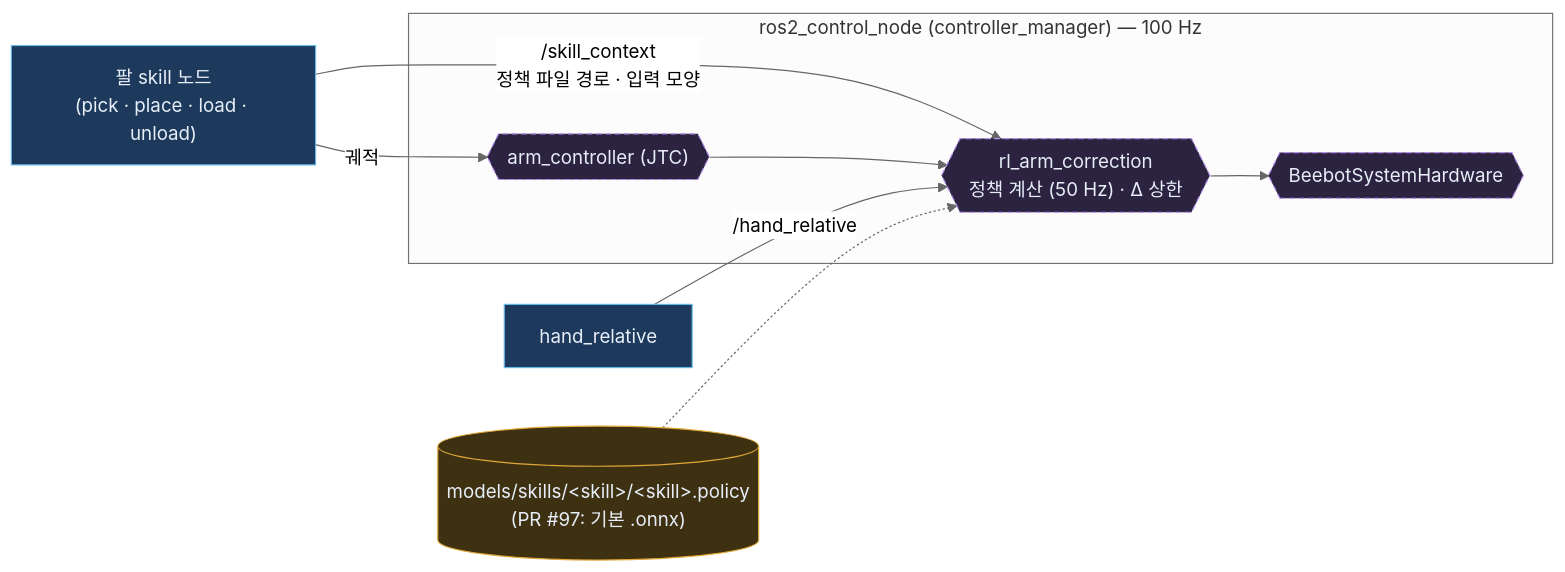
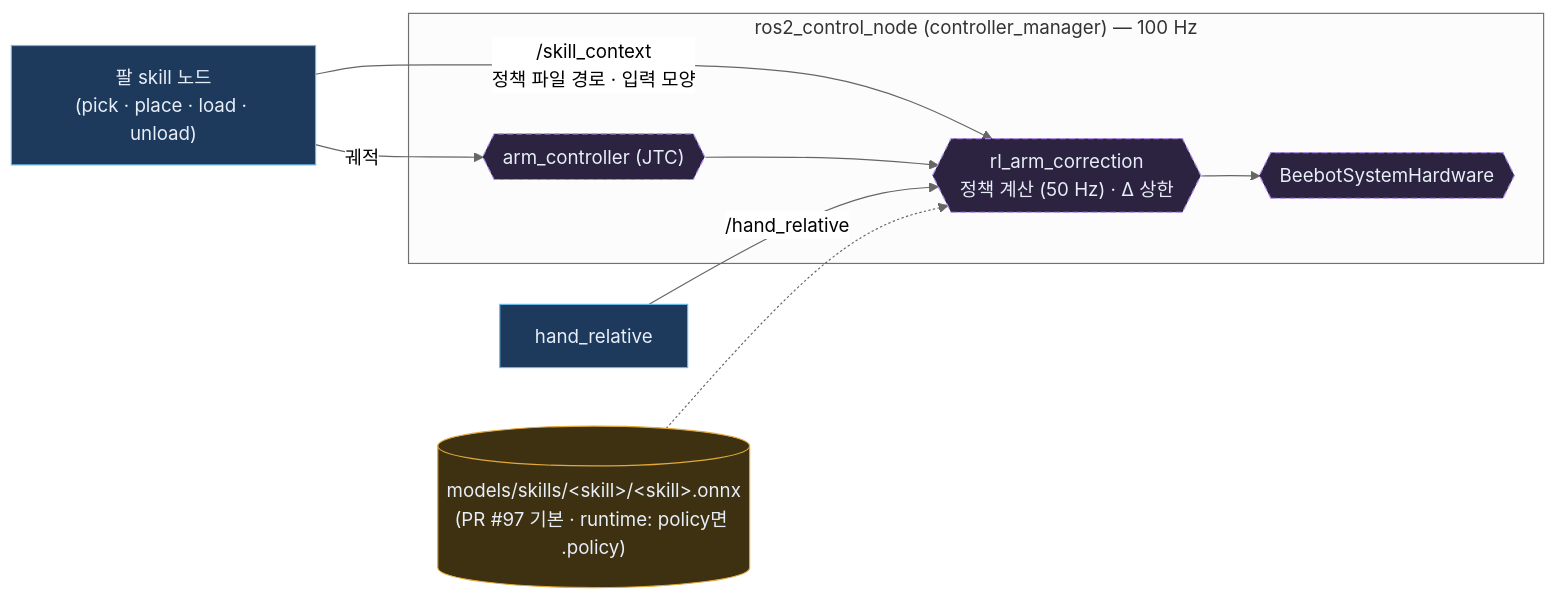
The first of 2 diagrams in bee/policy-path.md (JuneKunst/JuneKunst.github.io), drawn with Mermaid (neutral theme) before and after one commit. The commit also changed 3 other files, not shown here.

Commit message:
bee: PR #97 적용 기준으로 — 정책 실행 순서 페이지를 ml::Policy · OnnxPolicy 순서도로 · 지금 구조 기준 줄

````diff
--- a/bee/policy-path.md
+++ b/bee/policy-path.md
@@ -14,13 +14,13 @@
 ```mermaid
 flowchart LR
   SK["팔 skill 노드<br/>(pick · place · load · unload)"]:::node -->|"/skill_context<br/>정책 파일 경로 · 입력 모양"| RAC
   SK -->|"궤적"| JTC
   subgraph CM["ros2_control_node (controller_manager) — 100 Hz"]
     JTC{{"arm_controller (JTC)"}}:::plugin --> RAC{{"rl_arm_correction<br/>정책 계산 (50 Hz) · Δ 상한"}}:::plugin --> HW{{"BeebotSystemHardware"}}:::plugin
   end
   HRL["hand_relative"]:::node -->|"/hand_relative"| RAC
-  F[("models/skills/&lt;skill&gt;/&lt;skill&gt;.policy<br/>(PR #97: 기본 .onnx)")]:::file -.-> RAC
+  F[("models/skills/&lt;skill&gt;/&lt;skill&gt;.onnx<br/>(PR #97 기본 · runtime: policy면 .policy)")]:::file -.-> RAC
   classDef node fill:#1d3a5c,stroke:#67b7e8,color:#e8eef8
   classDef plugin fill:#2b2340,stroke:#b48cf0,color:#e8eef8,stroke-dasharray:5 3
   classDef file fill:#3d3112,stroke:#e2a83a,color:#e8eef8
 ```
````
